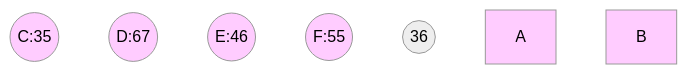
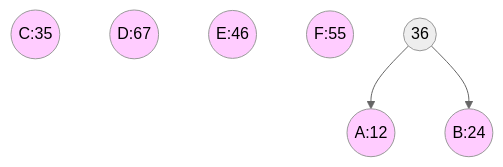
Before and after one commit to dmjcb/dmjcb.github.io: the second of 7 diagrams in _posts/DataStructures/Tree/BinaryTree/2020-01-16-哈夫曼树.md, drawn with Mermaid (neutral theme). The commit also changed other lines of this file and 122 other files, not shown here.

Commit message:
修复图形显示BUG

````diff
--- a/_posts/DataStructures/Tree/BinaryTree/2020-01-16-哈夫曼树.md
+++ b/_posts/DataStructures/Tree/BinaryTree/2020-01-16-哈夫曼树.md
@@ -48,17 +48,19 @@
 ```mermaid
 graph TB
     C((C:35))
     D((D:67))
     E((E:46))
     F((F:55))
 
     X((36)) 
+    X --> A((A:12))
+    X --> B((B:24))
 
     A:::Style
     B:::Style
     C:::Style
     D:::Style
     E:::Style
     F:::Style
     classDef Style fill:#FFCCFF
 ```
````
